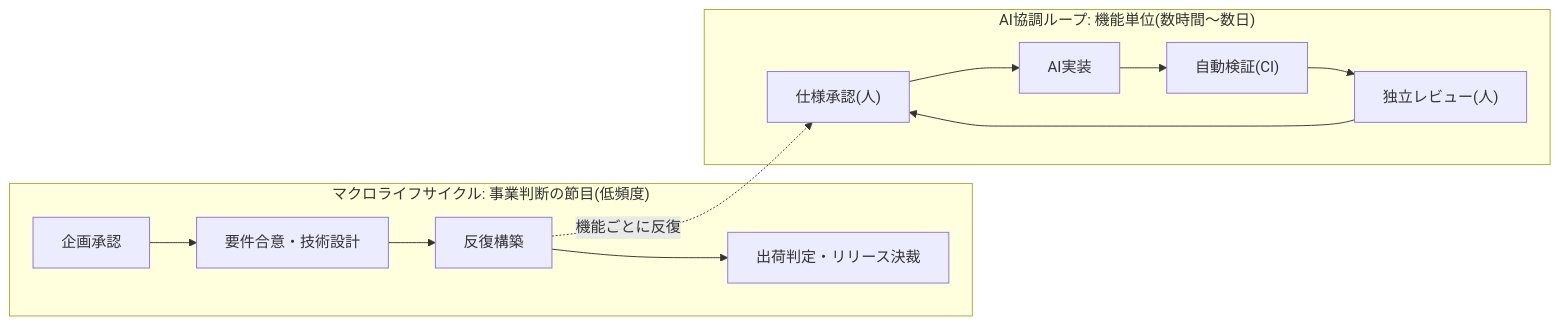
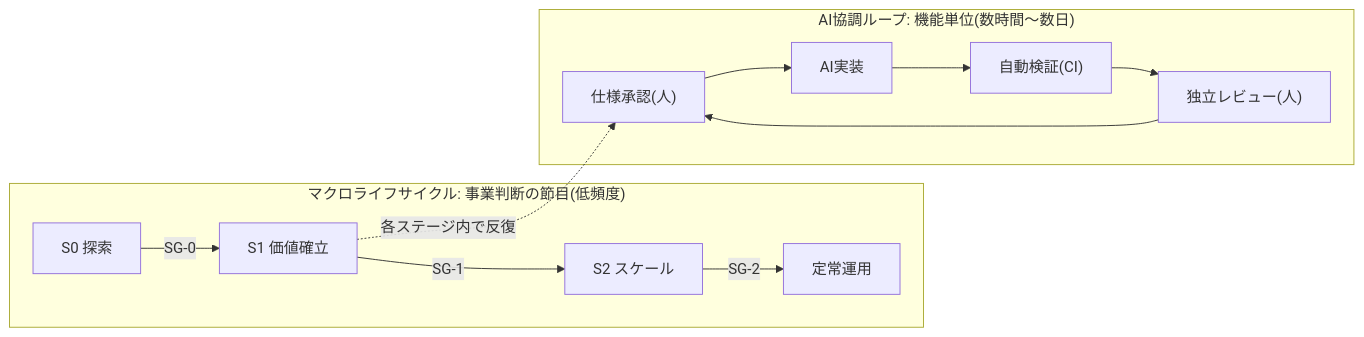
Before and after one commit to Takenori-Kusaka/process-compass: the first of 2 diagrams in src/content/docs/phase4-process-design/lifecycle.md, drawn with Mermaid. The commit also changed other lines of this file and 5 other files, not shown here.

````diff
--- a/src/content/docs/phase4-process-design/lifecycle.md
+++ b/src/content/docs/phase4-process-design/lifecycle.md
@@ -22,13 +23,13 @@
 ```mermaid
 graph LR
   subgraph 外殻["マクロライフサイクル: 事業判断の節目(低頻度)"]
-    A["企画承認"] --> B["要件合意・技術設計"]
-    B --> C["反復構築"]
-    C --> D["出荷判定・リリース決裁"]
+    A["S0 探索"] -->|SG-0| B["S1 価値確立"]
+    B -->|SG-1| C["S2 スケール"]
+    C -->|SG-2| D["定常運用"]
   end
   subgraph 内側["AI協調ループ: 機能単位(数時間〜数日)"]
     S["仕様承認(人)"] --> I["AI実装"] --> V["自動検証(CI)"] --> R["独立レビュー(人)"]
     R --> S
   end
-  C -.機能ごとに反復.-> S
+  B -.各ステージ内で反復.-> S
 ```
````
